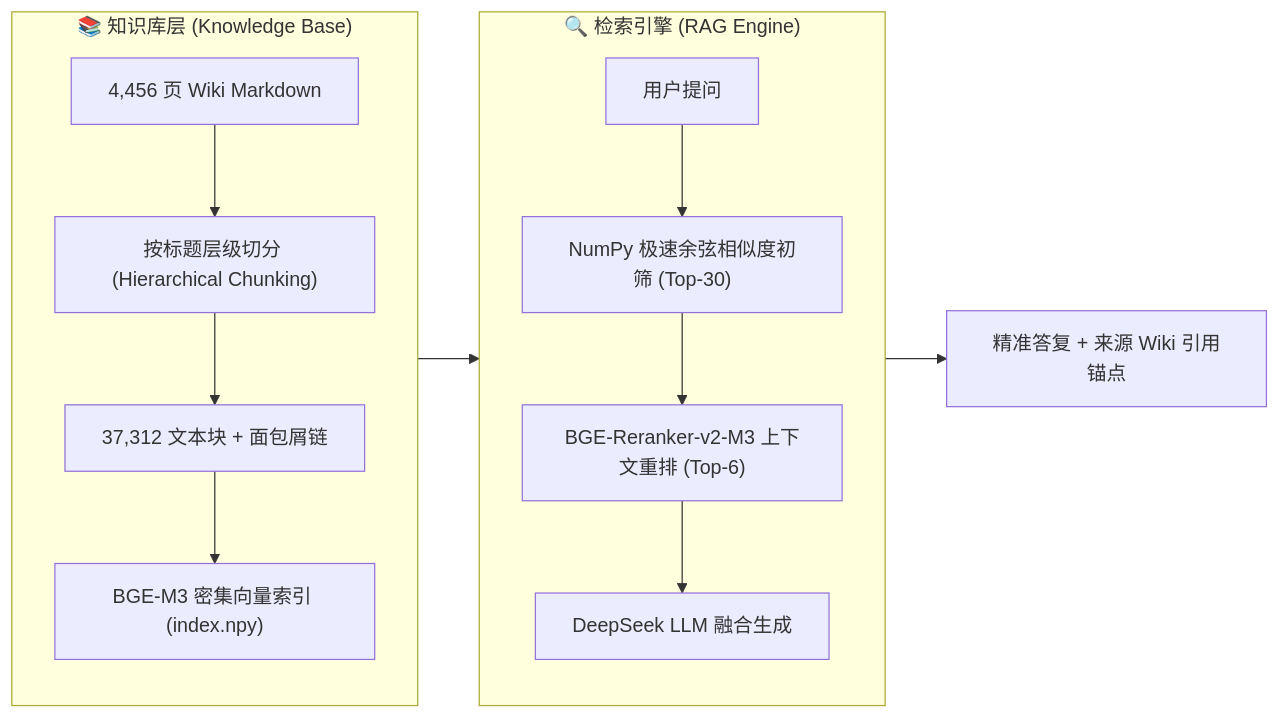
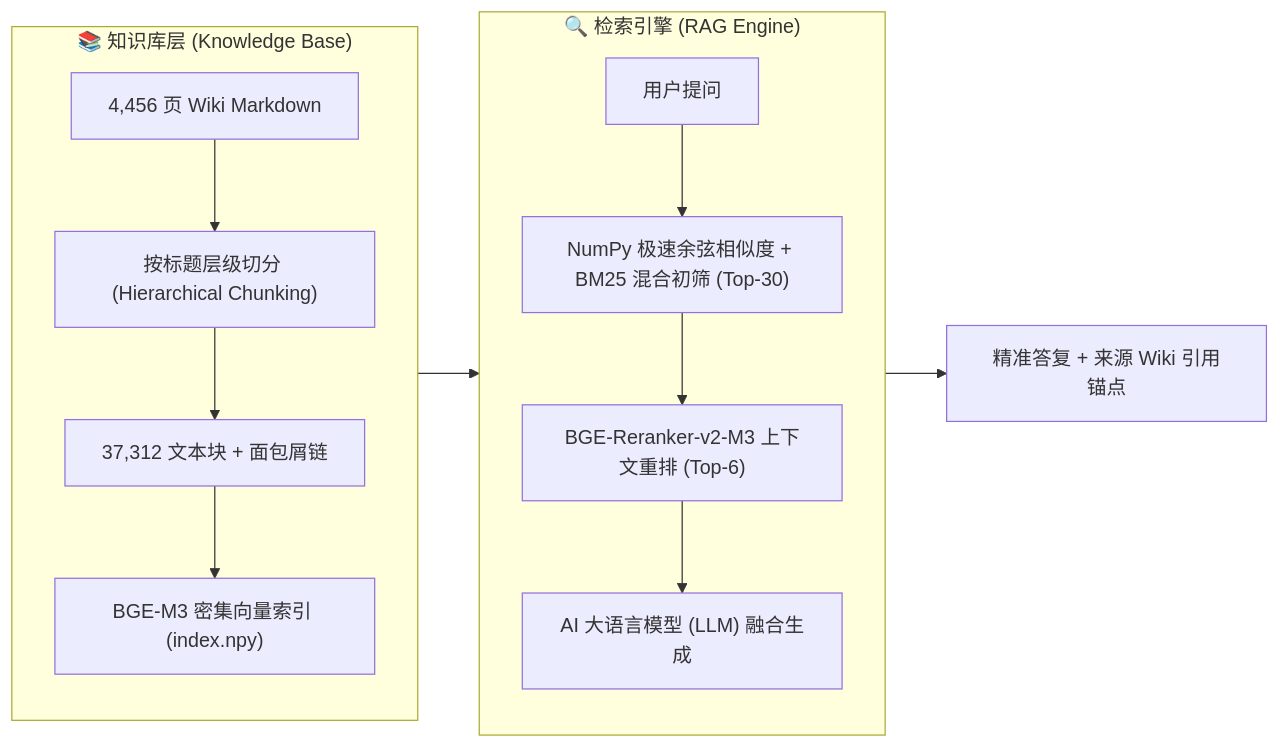
Before and after one commit to a1113622001/noita-wiki-zh: the diagram in README.md, drawn with Mermaid. The commit also changed other lines of this file and 3 other files, not shown here.

````diff
--- a/README.md
+++ b/README.md
@@ -35,19 +35,19 @@
 ```mermaid
 flowchart LR
     subgraph KB ["📚 知识库层 (Knowledge Base)"]
         direction TB
         A["4,456 页 Wiki Markdown"] --> B["按标题层级切分 (Hierarchical Chunking)"]
         B --> C["37,312 文本块 + 面包屑链"]
         C --> D["BGE-M3 密集向量索引 (index.npy)"]
     end
 
     subgraph RAG ["🔍 检索引擎 (RAG Engine)"]
         direction TB
-        Q["用户提问"] --> E["NumPy 极速余弦相似度初筛 (Top-30)"]
+        Q["用户提问"] --> E["NumPy 极速余弦相似度 + BM25 混合初筛 (Top-30)"]
         D --> E
         E --> F["BGE-Reranker-v2-M3 上下文重排 (Top-6)"]
-        F --> G["DeepSeek LLM 融合生成"]
+        F --> G["AI 大语言模型 (LLM) 融合生成"]
     end
 
     G --> R["精准答复 + 来源 Wiki 引用锚点"]
 ```
````
